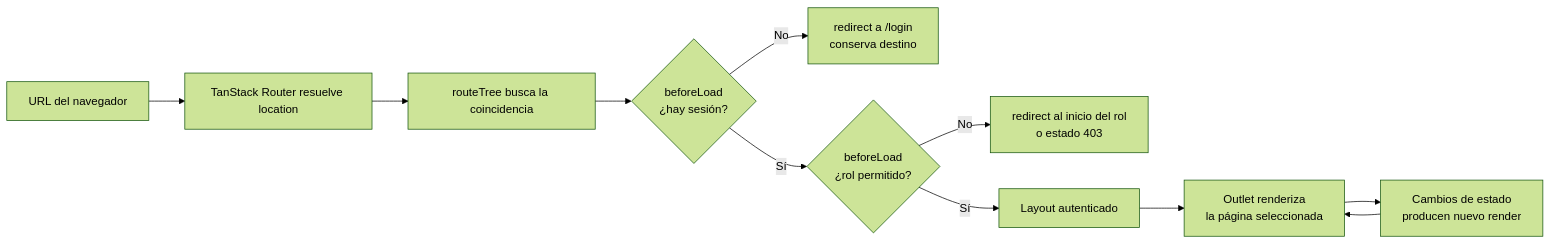
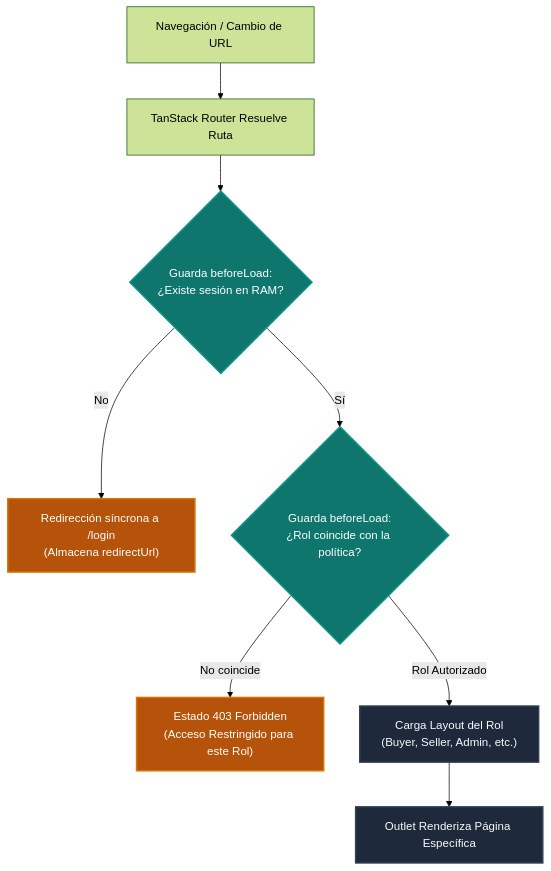
One commit to D-MachadoDev/Zentric changed the third of 3 diagrams in frontendSDD/C4-4-Codigo-React.md. Above: the diagram before and after it, drawn with Mermaid (forest theme). The commit also changed other lines of this file, not shown here.

Commit message:
docs(frontendSDD): elevate C4 Level 4 React Code architecture

````diff
--- a/frontendSDD/C4-4-Codigo-React.md
+++ b/frontendSDD/C4-4-Codigo-React.md
@@ -169,13 +124,20 @@
 ```mermaid
-flowchart LR
-   url["URL del navegador"] --> loc["TanStack Router resuelve location"]
-   loc --> routes["routeTree busca la coincidencia"]
-   routes --> bl{"beforeLoad<br/>¿hay sesión?"}
-   bl -->|"No"| login["redirect a /login<br/>conserva destino"]
-   bl -->|"Sí"| role{"beforeLoad<br/>¿rol permitido?"}
-   role -->|"No"| home["redirect al inicio del rol<br/>o estado 403"]
-   role -->|"Sí"| layout["Layout autenticado"]
-   layout --> outlet["Outlet renderiza<br/>la página seleccionada"]
-   outlet --> state["Cambios de estado<br/>producen nuevo render"]
-   state --> outlet
+flowchart TD
+  url["Navegación / Cambio de URL"] --> resolve["TanStack Router Resuelve Ruta"]
+  resolve --> guardAuth{"Guarda beforeLoad:<br/>¿Existe sesión en RAM?"}
+
+  guardAuth -->|"No"| redirectLogin["Redirección síncrona a /login<br/>(Almacena redirectUrl)"]
+  guardAuth -->|"Sí"| guardRole{"Guarda beforeLoad:<br/>¿Rol coincide con la política?"}
+
+  guardRole -->|"No coincide"| stateForbidden["Estado 403 Forbidden<br/>(Acceso Restringido para este Rol)"]
+  guardRole -->|"Rol Autorizado"| layout["Carga Layout del Rol<br/>(Buyer, Seller, Admin, etc.)"]
+  layout --> outlet["Outlet Renderiza Página Específica"]
+
+  classDef check fill:#0f766e,stroke:#0d9488,stroke-width:2px,color:#ffffff;
+  classDef ok fill:#1e293b,stroke:#334155,stroke-width:2px,color:#f8fafc;
+  classDef warn fill:#b45309,stroke:#d97706,stroke-width:2px,color:#ffffff;
+
+  class guardAuth,guardRole check;
+  class layout,outlet ok;
+  class redirectLogin,stateForbidden warn;
 ```
````
